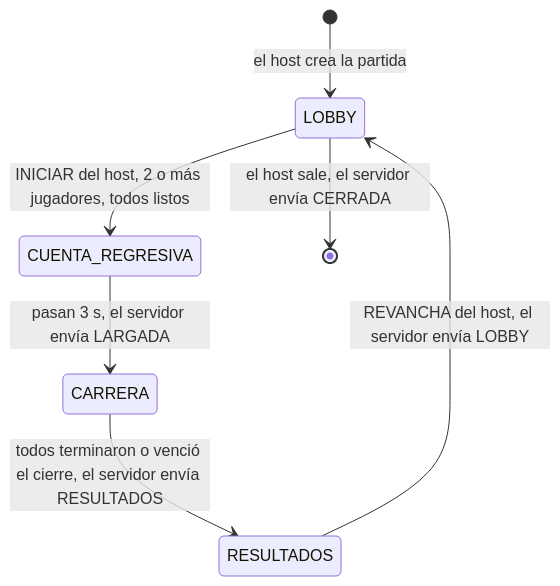
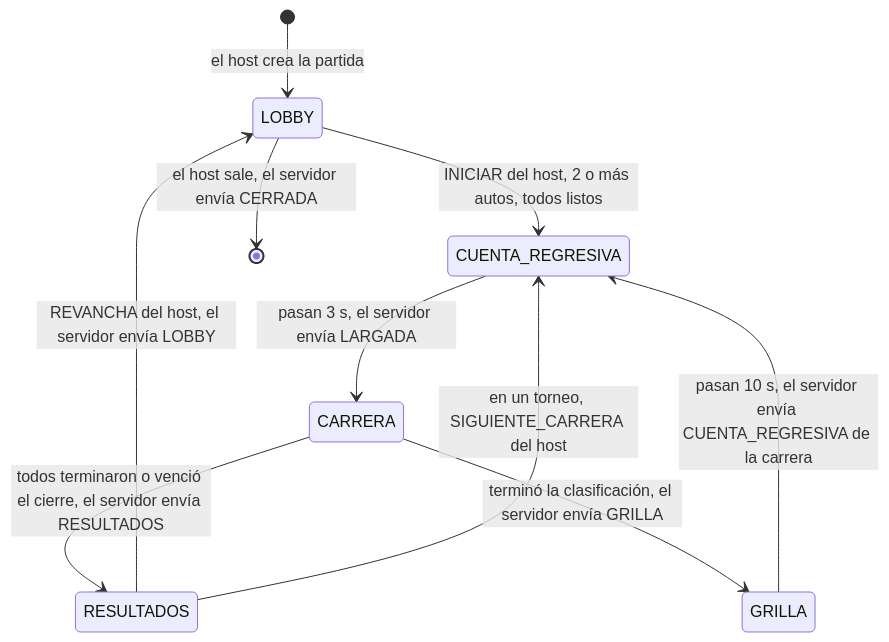
One commit to joakinkong/35-Racing changed the second of 3 diagrams in docs/PROTOCOLO.md. Above: the diagram before and after it, drawn with Mermaid. The commit also changed other lines of this file and 29 other files, not shown here.

````diff
--- a/docs/PROTOCOLO.md
+++ b/docs/PROTOCOLO.md
@@ -53,9 +53,12 @@
 ```mermaid
 stateDiagram-v2
     [*] --> LOBBY: el host crea la partida
-    LOBBY --> CUENTA_REGRESIVA: INICIAR del host, 2 o más jugadores, todos listos
+    LOBBY --> CUENTA_REGRESIVA: INICIAR del host, 2 o más autos, todos listos
     CUENTA_REGRESIVA --> CARRERA: pasan 3 s, el servidor envía LARGADA
     CARRERA --> RESULTADOS: todos terminaron o venció el cierre, el servidor envía RESULTADOS
+    CARRERA --> GRILLA: terminó la clasificación, el servidor envía GRILLA
+    GRILLA --> CUENTA_REGRESIVA: pasan 10 s, el servidor envía CUENTA_REGRESIVA de la carrera
     RESULTADOS --> LOBBY: REVANCHA del host, el servidor envía LOBBY
+    RESULTADOS --> CUENTA_REGRESIVA: en un torneo, SIGUIENTE_CARRERA del host
     LOBBY --> [*]: el host sale, el servidor envía CERRADA
 ```
````
